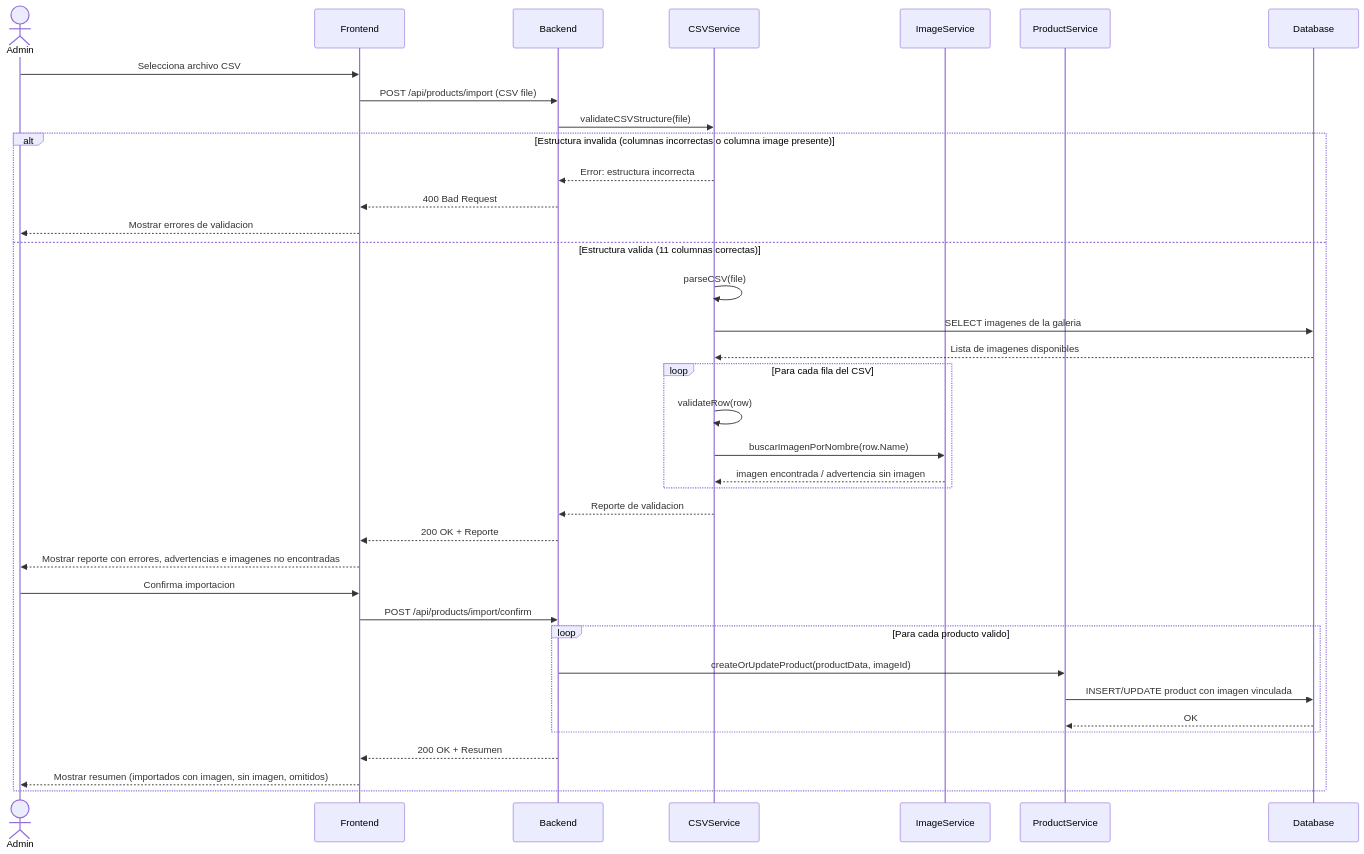
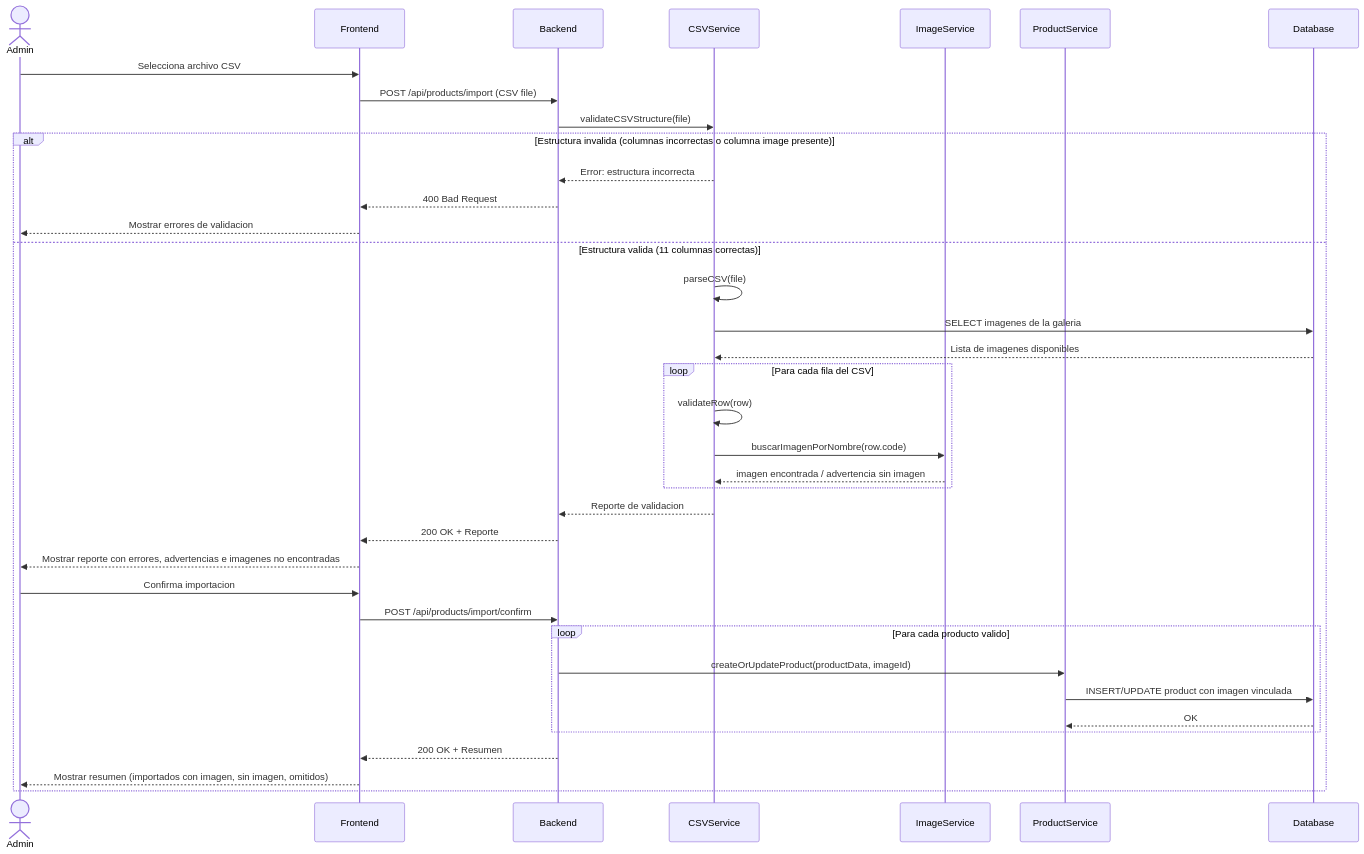
Before and after one commit to MarioEstu/sistem-aljaba: the third of 13 diagrams in docs/diagramas/DIAGRAMAS_UML.md, drawn with Mermaid. The commit also changed other lines of this file and 120 other files, not shown here.

````diff
--- a/docs/diagramas/DIAGRAMAS_UML.md
+++ b/docs/diagramas/DIAGRAMAS_UML.md
@@ -249,46 +249,46 @@
 ```mermaid
 sequenceDiagram
     actor Admin
     participant Frontend
     participant Backend
     participant CSVService
     participant ImageService
     participant ProductService
     participant Database
 
     Admin->>Frontend: Selecciona archivo CSV
     Frontend->>Backend: POST /api/products/import (CSV file)
     Backend->>CSVService: validateCSVStructure(file)
 
     alt Estructura invalida (columnas incorrectas o columna image presente)
         CSVService-->>Backend: Error: estructura incorrecta
         Backend-->>Frontend: 400 Bad Request
         Frontend-->>Admin: Mostrar errores de validacion
     else Estructura valida (11 columnas correctas)
         CSVService->>CSVService: parseCSV(file)
         CSVService->>Database: SELECT imagenes de la galeria
         Database-->>CSVService: Lista de imagenes disponibles
 
         loop Para cada fila del CSV
             CSVService->>CSVService: validateRow(row)
-            CSVService->>ImageService: buscarImagenPorNombre(row.Name)
+            CSVService->>ImageService: buscarImagenPorNombre(row.code)
             ImageService-->>CSVService: imagen encontrada / advertencia sin imagen
         end
 
         CSVService-->>Backend: Reporte de validacion
         Backend-->>Frontend: 200 OK + Reporte
         Frontend-->>Admin: Mostrar reporte con errores, advertencias e imagenes no encontradas
 
         Admin->>Frontend: Confirma importacion
         Frontend->>Backend: POST /api/products/import/confirm
 
         loop Para cada producto valido
             Backend->>ProductService: createOrUpdateProduct(productData, imageId)
             ProductService->>Database: INSERT/UPDATE product con imagen vinculada
             Database-->>ProductService: OK
         end
 
         Backend-->>Frontend: 200 OK + Resumen
         Frontend-->>Admin: Mostrar resumen (importados con imagen, sin imagen, omitidos)
     end
 ```
````
